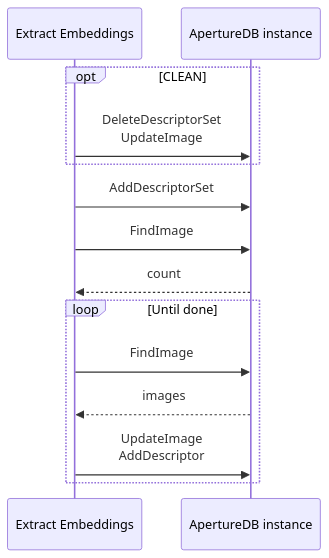
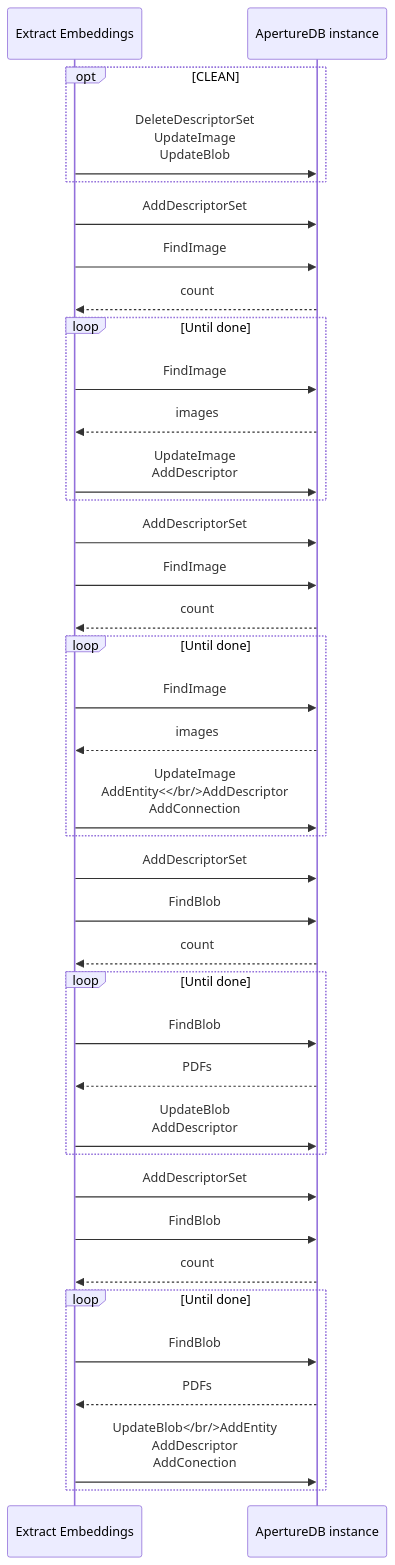
The diagram in apps/embeddings-extraction/README.md (aperture-data/workflows), drawn with Mermaid before and after one commit. The commit also changed other lines of this file and 16 other files, not shown here.

````diff
--- a/apps/embeddings-extraction/README.md
+++ b/apps/embeddings-extraction/README.md
@@ -12,16 +12,44 @@
 ```mermaid
 sequenceDiagram
     participant W as Extract Embeddings
     participant A as ApertureDB instance
     opt CLEAN
-        W->>A: DeleteDescriptorSet<br/>UpdateImage
+        W->>A: DeleteDescriptorSet<br/>UpdateImage<br/>UpdateBlob
     end
+
     W->>A: AddDescriptorSet
     W->>A: FindImage
     A-->>W: count
     loop Until done
         W->>A: FindImage
         A-->>W: images
         W->>A: UpdateImage<br/>AddDescriptor
     end
+
+    W->>A: AddDescriptorSet
+    W->>A: FindImage
+    A-->>W: count
+    loop Until done
+        W->>A: FindImage
+        A-->>W: images
+        W->>A: UpdateImage<br/>AddEntity<</br/>AddDescriptor<br/>AddConnection
+    end
+
+    W->>A: AddDescriptorSet
+    W->>A: FindBlob
+    A-->>W: count
+    loop Until done
+        W->>A: FindBlob
+        A-->>W: PDFs
+        W->>A: UpdateBlob<br/>AddDescriptor
+    end
+
+    W->>A: AddDescriptorSet
+    W->>A: FindBlob
+    A-->>W: count
+    loop Until done
+        W->>A: FindBlob
+        A-->>W: PDFs
+        W->>A: UpdateBlob</br/>AddEntity<br/>AddDescriptor<br/>AddConection
+    end
 ```
````
